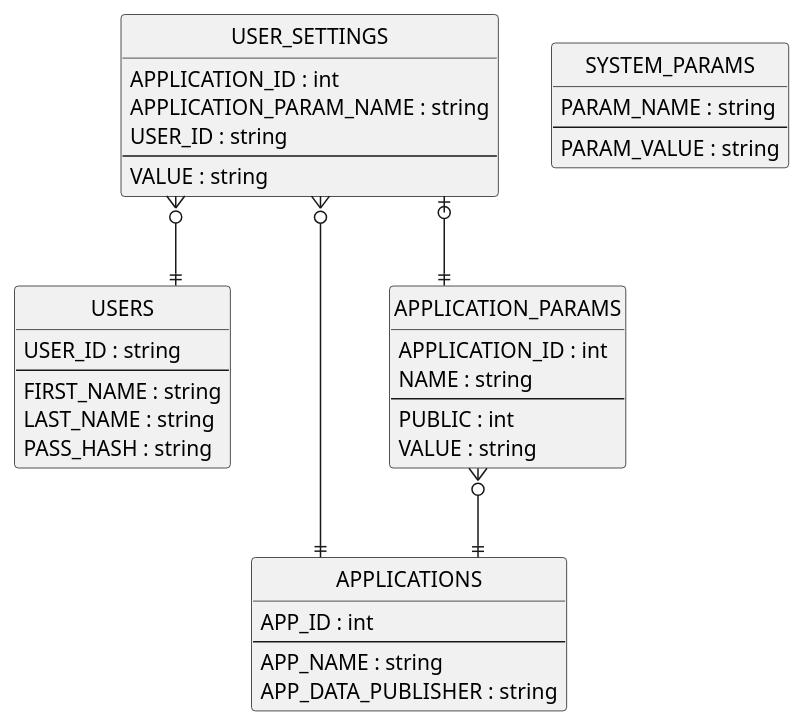
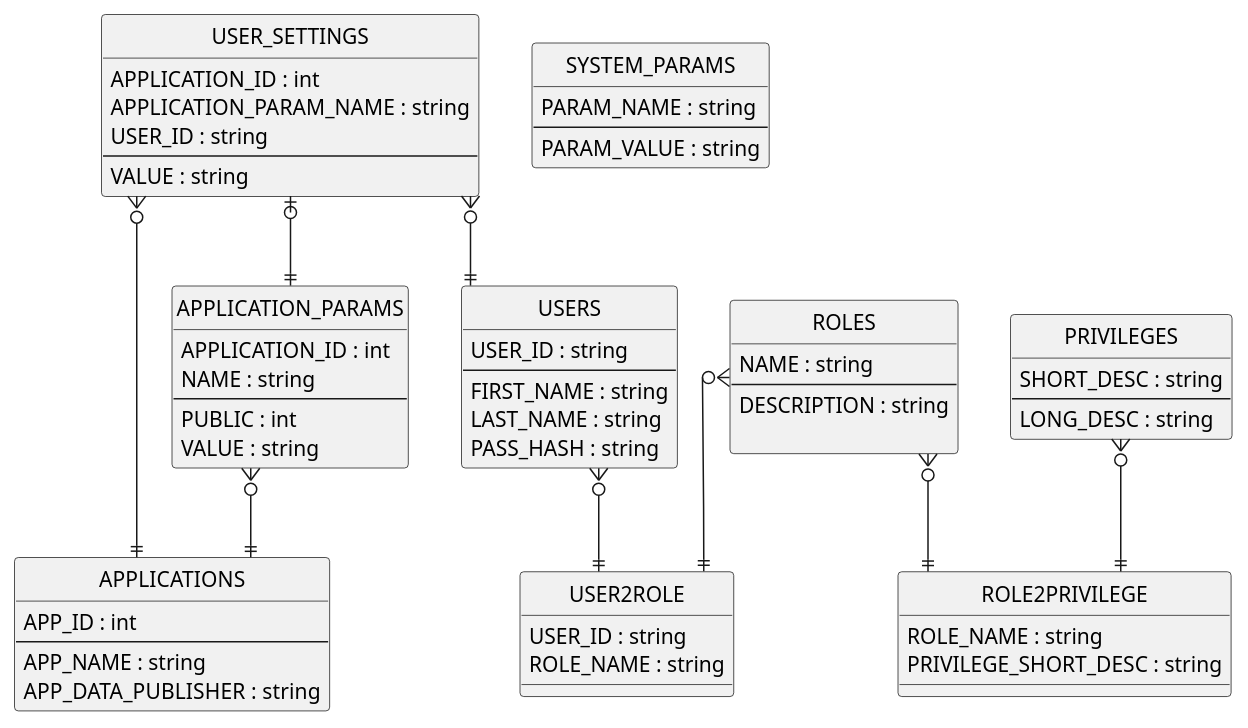
Before and after one commit to pawelwojtowicz/knocknock: the diagram in docu/dbModel.puml, drawn with PlantUML.

Commit message:
DSGN: db model extended withthe user roles and role privileges

```diff
--- a/docu/dbModel.puml
+++ b/docu/dbModel.puml
@@ -1,49 +1,79 @@
 @startuml
 
 ' configuration
 hide circle
 skinparam linetype ortho
 
 ' comment
-entity "USERS" as user {
-USER_ID : string
---
-FIRST_NAME : string 
-LAST_NAME : string
-PASS_HASH : string 
-}
 
 entity "APPLICATIONS" as app {
 APP_ID : int
 --
 APP_NAME : string
 APP_DATA_PUBLISHER : string
 }
 
 entity "SYSTEM_PARAMS" as sysParam {
 PARAM_NAME : string
 --
 PARAM_VALUE : string
 }
 
 entity "APPLICATION_PARAMS" as appParam {
 APPLICATION_ID : int
 NAME : string
 --
 PUBLIC : int
 VALUE : string
 }
 
 entity "USER_SETTINGS" as userParams {
 APPLICATION_ID : int
 APPLICATION_PARAM_NAME : string
 USER_ID : string
 --
 VALUE : string
 }
 
+entity "ROLES" as userRoles {
+NAME : string
+--
+DESCRIPTION : string
+
+}
+
+entity "USERS" as user {
+USER_ID : string
+--
+FIRST_NAME : string 
+LAST_NAME : string
+PASS_HASH : string 
+}
+
+
+entity "PRIVILEGES" as rolePrivileges {
+SHORT_DESC : string
+--
+LONG_DESC : string
+}
+
+entity "ROLE2PRIVILEGE" as r2p {
+ROLE_NAME : string
+PRIVILEGE_SHORT_DESC : string  
+}
+
+entity "USER2ROLE" as u2p {
+USER_ID : string
+ROLE_NAME : string
+}
+
+
 userParams }o--|| app
 userParams  }o--|| user
 appParam }o--|| app
 userParams |o--|| appParam 
+user }o--|| u2p
+userRoles }o--|| u2p
+userRoles }o--|| r2p
+rolePrivileges }o--|| r2p
 @enduml
```
